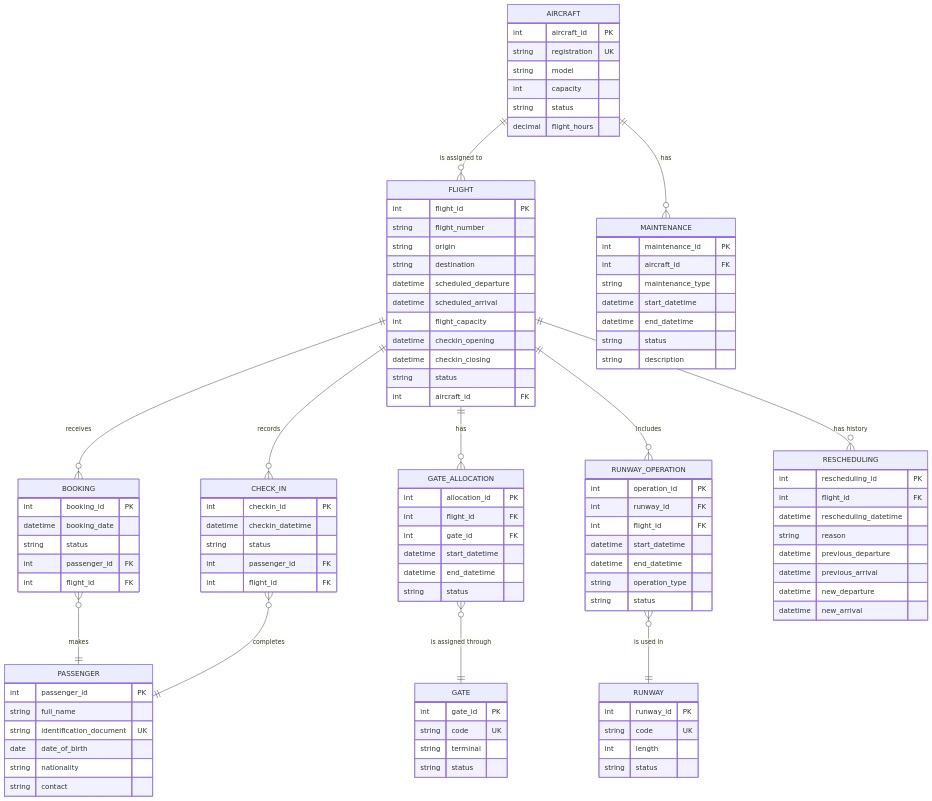
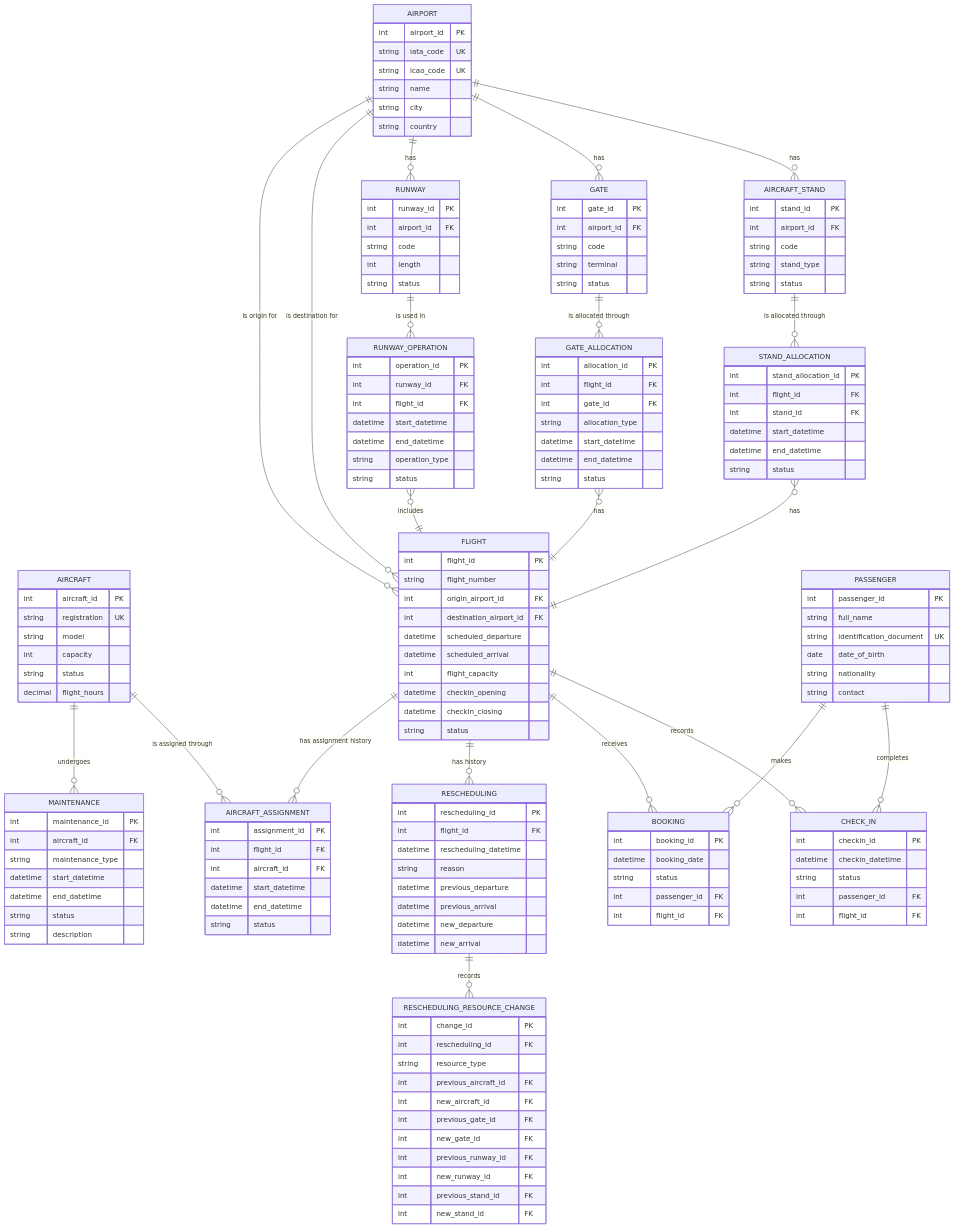
The diagram in TS_ER_Diagram.mmd (edmilsonrolas/airport-management-database), drawn with Mermaid before and after one commit. The commit also changed 2 other files, not shown here.

Commit message:
add AIRPORT mngmnt, AIRCRAFT_STAND, AIRCRAFT_ASSIGNMENT, RESCHEDULING_RESOURCE_CHANGE

```diff
--- a/TS_ER_Diagram.mmd
+++ b/TS_ER_Diagram.mmd
@@ -1,115 +1,179 @@
 
 erDiagram
+    AIRPORT {
+        int airport_id PK
+        string iata_code UK
+        string icao_code UK
+        string name
+        string city
+        string country
+    }
+
     AIRCRAFT {
         int aircraft_id PK
         string registration UK
         string model
         int capacity
         string status
         decimal flight_hours
     }
 
     FLIGHT {
         int flight_id PK
         string flight_number
-        string origin
-        string destination
+        int origin_airport_id FK
+        int destination_airport_id FK
         datetime scheduled_departure
         datetime scheduled_arrival
         int flight_capacity
         datetime checkin_opening
         datetime checkin_closing
         string status
+    }
+
+    AIRCRAFT_ASSIGNMENT {
+        int assignment_id PK
+        int flight_id FK
         int aircraft_id FK
+        datetime start_datetime
+        datetime end_datetime
+        string status
     }
 
     PASSENGER {
         int passenger_id PK
         string full_name
         string identification_document UK
         date date_of_birth
         string nationality
         string contact
     }
 
     BOOKING {
         int booking_id PK
         datetime booking_date
         string status
         int passenger_id FK
         int flight_id FK
     }
 
     CHECK_IN {
         int checkin_id PK
         datetime checkin_datetime
         string status
         int passenger_id FK
         int flight_id FK
     }
 
     RUNWAY {
         int runway_id PK
-        string code UK
+        int airport_id FK
+        string code
         int length
         string status
     }
 
     RUNWAY_OPERATION {
         int operation_id PK
         int runway_id FK
         int flight_id FK
         datetime start_datetime
         datetime end_datetime
         string operation_type
         string status
     }
 
     GATE {
         int gate_id PK
-        string code UK
+        int airport_id FK
+        string code
         string terminal
         string status
     }
 
     GATE_ALLOCATION {
         int allocation_id PK
         int flight_id FK
         int gate_id FK
+        string allocation_type
+        datetime start_datetime
+        datetime end_datetime
+        string status
+    }
+
+    AIRCRAFT_STAND {
+        int stand_id PK
+        int airport_id FK
+        string code
+        string stand_type
+        string status
+    }
+
+    STAND_ALLOCATION {
+        int stand_allocation_id PK
+        int flight_id FK
+        int stand_id FK
         datetime start_datetime
         datetime end_datetime
         string status
     }
 
     MAINTENANCE {
         int maintenance_id PK
         int aircraft_id FK
         string maintenance_type
         datetime start_datetime
         datetime end_datetime
         string status
         string description
     }
 
     RESCHEDULING {
         int rescheduling_id PK
         int flight_id FK
         datetime rescheduling_datetime
         string reason
         datetime previous_departure
         datetime previous_arrival
         datetime new_departure
         datetime new_arrival
     }
 
-    AIRCRAFT ||--o{ FLIGHT : "is assigned to"
-    AIRCRAFT ||--o{ MAINTENANCE : "has"
-    BOOKING }o--|| PASSENGER : "makes"
+    RESCHEDULING_RESOURCE_CHANGE {
+        int change_id PK
+        int rescheduling_id FK
+        string resource_type
+        int previous_aircraft_id FK
+        int new_aircraft_id FK
+        int previous_gate_id FK
+        int new_gate_id FK
+        int previous_runway_id FK
+        int new_runway_id FK
+        int previous_stand_id FK
+        int new_stand_id FK
+    }
+
+    AIRPORT ||--o{ FLIGHT : "is origin for"
+    AIRPORT ||--o{ FLIGHT : "is destination for"
+    AIRPORT ||--o{ RUNWAY : "has"
+    AIRPORT ||--o{ GATE : "has"
+    AIRPORT ||--o{ AIRCRAFT_STAND : "has"
+
+    FLIGHT ||--o{ AIRCRAFT_ASSIGNMENT : "has assignment history"
+    AIRCRAFT ||--o{ MAINTENANCE : "undergoes"
+    AIRCRAFT ||--o{ AIRCRAFT_ASSIGNMENT : "is assigned through"
+
+    FLIGHT ||--o{ RESCHEDULING : "has history"
+    RESCHEDULING ||--o{ RESCHEDULING_RESOURCE_CHANGE : "records"
+
+    PASSENGER ||--o{ BOOKING : "makes"
     FLIGHT ||--o{ BOOKING : "receives"
-    CHECK_IN }o--|| PASSENGER : "completes"
+    PASSENGER ||--o{ CHECK_IN : "completes"
     FLIGHT ||--o{ CHECK_IN : "records"
-    FLIGHT ||--o{ GATE_ALLOCATION : "has"
-    GATE_ALLOCATION }o--|| GATE : "is assigned through"
-    FLIGHT ||--o{ RUNWAY_OPERATION : "includes"
-    RUNWAY_OPERATION }o--|| RUNWAY : "is used in"
-    FLIGHT ||--o{ RESCHEDULING : "has history"
+
+    GATE_ALLOCATION }o--|| FLIGHT : "has"
+    GATE ||--o{ GATE_ALLOCATION : "is allocated through"
+    RUNWAY_OPERATION }o--|| FLIGHT : "includes"
+    RUNWAY ||--o{ RUNWAY_OPERATION : "is used in"
+    STAND_ALLOCATION }o--|| FLIGHT : "has"
+    AIRCRAFT_STAND ||--o{ STAND_ALLOCATION : "is allocated through"
```
